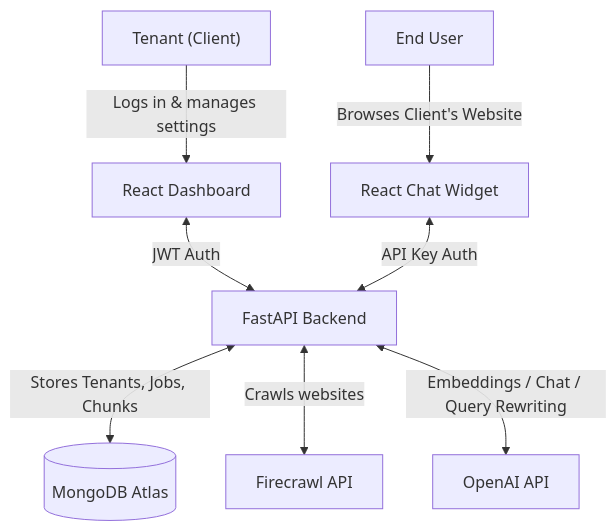
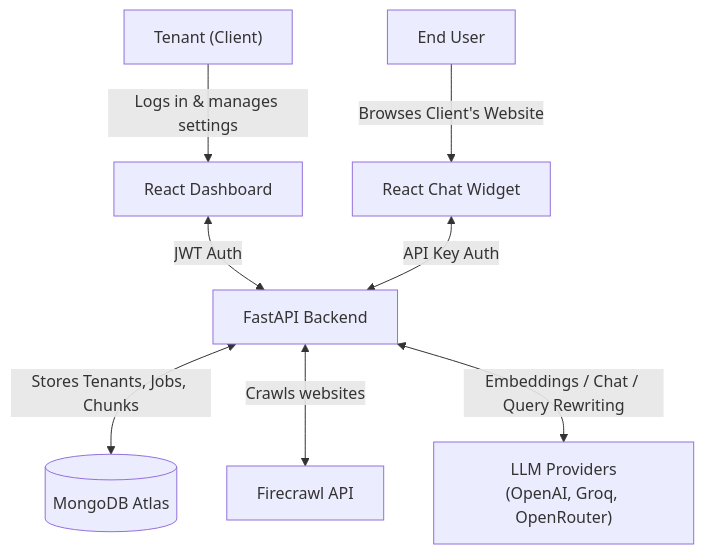
One commit to pawanm992002/AI_CHATBOT changed the first of 6 diagrams in README.md. Above: the diagram before and after it, drawn with Mermaid. The commit also changed other lines of this file and 18 other files, not shown here.

````diff
--- a/README.md
+++ b/README.md
@@ -8,12 +8,12 @@
 ```mermaid
 graph TD
     Client["Tenant (Client)"] -->|Logs in & manages settings| Dashboard["React Dashboard"]
     Dashboard <-->|JWT Auth| API["FastAPI Backend"]
     
     EndUser["End User"] -->|Browses Client's Website| Widget["React Chat Widget"]
     Widget <-->|API Key Auth| API
     
     API <-->|Stores Tenants, Jobs, Chunks| MongoDB[("MongoDB Atlas")]
     API <-->|Crawls websites| Firecrawl["Firecrawl API"]
-    API <-->|Embeddings / Chat / Query Rewriting| OpenAI["OpenAI API"]
+    API <-->|Embeddings / Chat / Query Rewriting| LLM["LLM Providers<br/>(OpenAI, Groq, OpenRouter)"]
 ```
````
